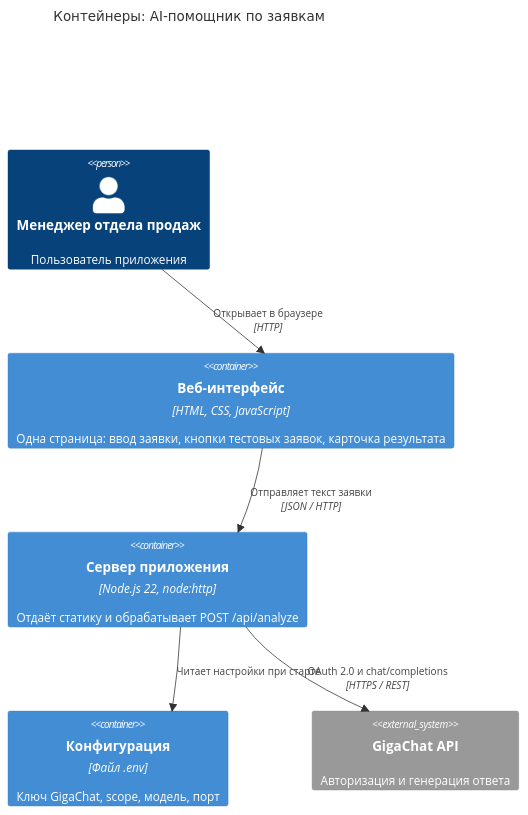
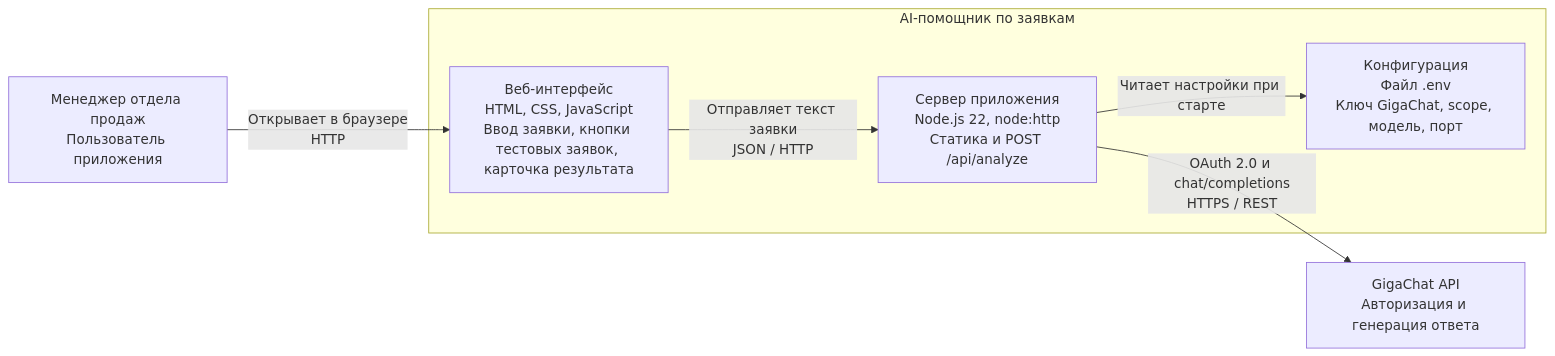
Before and after one commit to MatveiV/OrdersProcPersDataBtrx: the second of 3 diagrams in README.md, drawn with Mermaid. The commit also changed other lines of this file, not shown here.

Commit message:
Fix Mermaid diagrams for GitHub rendering

````diff
--- a/README.md
+++ b/README.md
@@ -242,15 +240,17 @@
 ```mermaid
-C4Container
-  title Контейнеры: AI-помощник по заявкам
+flowchart LR
+    manager["Менеджер отдела продаж<br/>Пользователь приложения"]
 
-  Person(manager, "Менеджер отдела продаж", "Пользователь приложения")
-  Container(web, "Веб-интерфейс", "HTML, CSS, JavaScript", "Одна страница: ввод заявки, кнопки тестовых заявок, карточка результата")
-  Container(server, "Сервер приложения", "Node.js 22, node:http", "Отдаёт статику и обрабатывает POST /api/analyze")
-  Container(config, "Конфигурация", "Файл .env", "Ключ GigaChat, scope, модель, порт")
-  System_Ext(gigachat, "GigaChat API", "Авторизация и генерация ответа")
+    subgraph app["AI-помощник по заявкам"]
+        web["Веб-интерфейс<br/>HTML, CSS, JavaScript<br/>Ввод заявки, кнопки тестовых заявок, карточка результата"]
+        server["Сервер приложения<br/>Node.js 22, node:http<br/>Статика и POST /api/analyze"]
+        config["Конфигурация<br/>Файл .env<br/>Ключ GigaChat, scope, модель, порт"]
+    end
 
-  Rel(manager, web, "Открывает в браузере", "HTTP")
-  Rel(web, server, "Отправляет текст заявки", "JSON / HTTP")
-  Rel(server, config, "Читает настройки при старте")
-  Rel(server, gigachat, "OAuth 2.0 и chat/completions", "HTTPS / REST")
+    gigachat["GigaChat API<br/>Авторизация и генерация ответа"]
+
+    manager -->|"Открывает в браузере<br/>HTTP"| web
+    web -->|"Отправляет текст заявки<br/>JSON / HTTP"| server
+    server -->|"Читает настройки при старте"| config
+    server -->|"OAuth 2.0 и chat/completions<br/>HTTPS / REST"| gigachat
 ```
````
